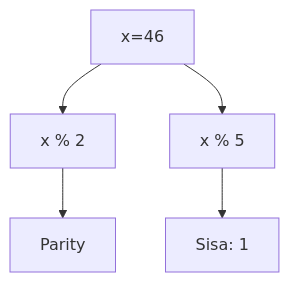
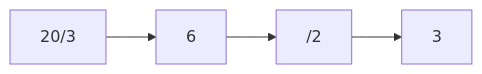
The first of 25 diagrams in part-c-pemahaman-cpp/06-bitwise/latihan/set-08.md (amnahwaida/OSNK_INF_PREP), drawn with Mermaid before and after one commit. The commit also changed other lines of this file and 71 other files, not shown here.

Commit message:
Fixed Mermaid syntax lexical errors with quoted labels in 1,800 questions

````diff
--- a/part-c-pemahaman-cpp/06-bitwise/latihan/set-08.md
+++ b/part-c-pemahaman-cpp/06-bitwise/latihan/set-08.md
@@ -23,7 +23,6 @@
 ```mermaid
-graph TD
-A[x=46] --> B[x % 2]
-B --> C[Parity]
-A --> D[x % 5]
-D --> E[Sisa: 1]
+graph LR
+A["20/3"] --> B["6"]
+B --> C["/2"]
+C --> D["3"]
 ```
````
